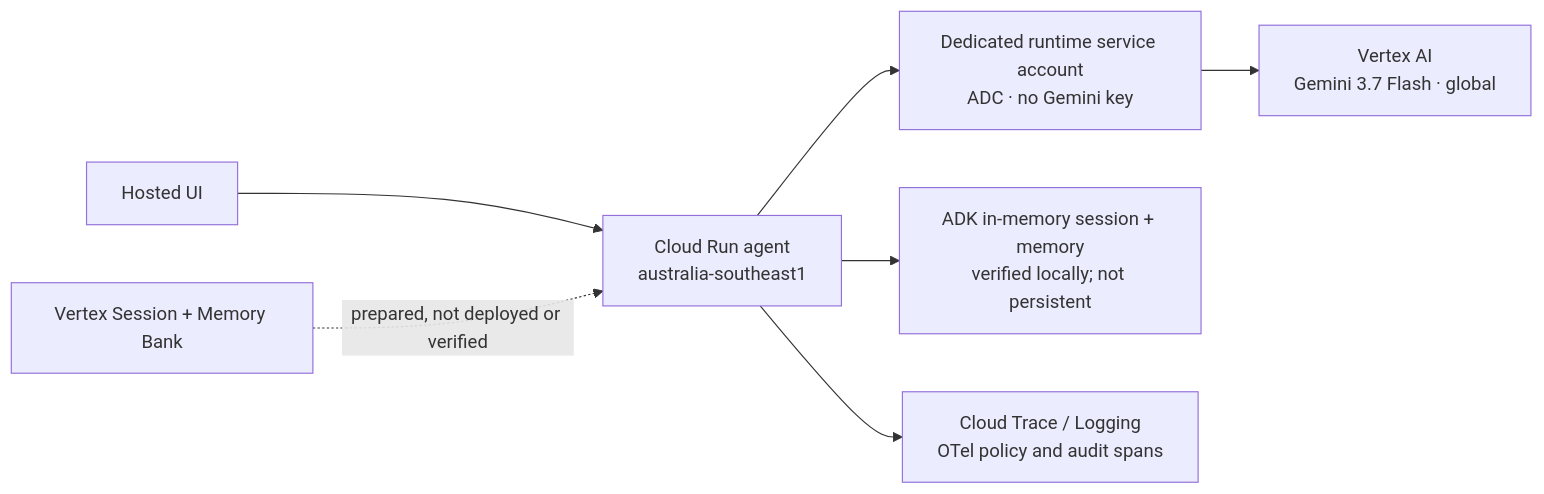
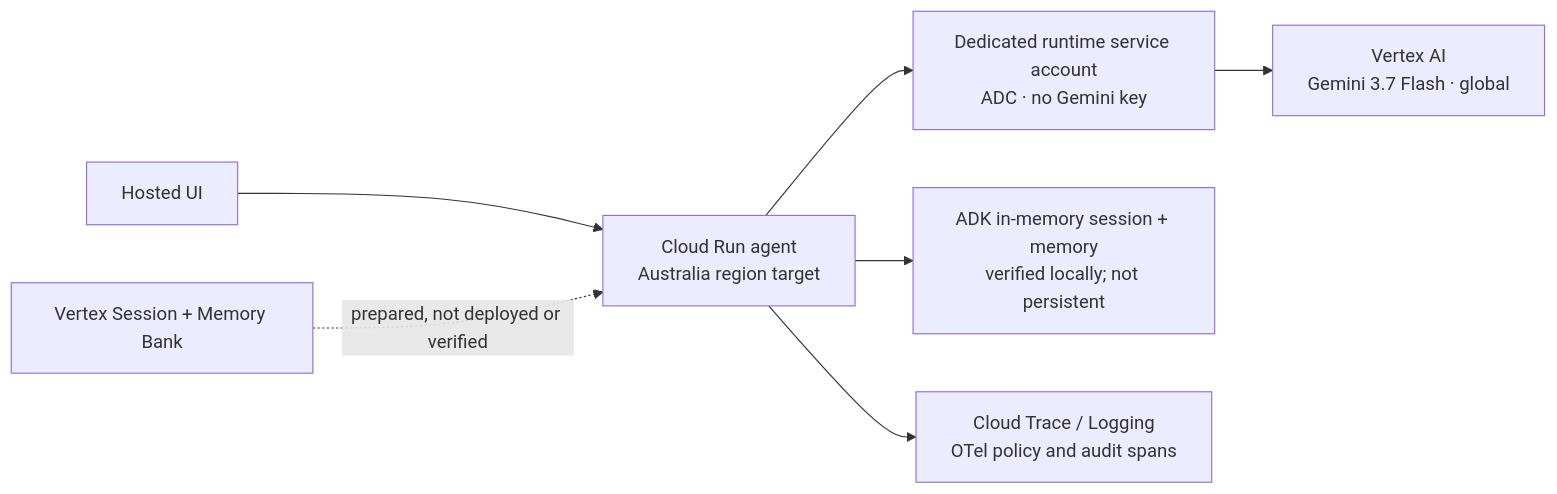
The third of 3 diagrams in docs/architecture.md (vcdwio/secondkey), drawn with Mermaid before and after one commit. The commit also changed other lines of this file and 5 other files, not shown here.

````diff
--- a/docs/architecture.md
+++ b/docs/architecture.md
@@ -43,9 +43,9 @@
 ```mermaid
 flowchart LR
-    UI["Hosted UI"] --> CR["Cloud Run agent\naustralia-southeast1"]
+    UI["Hosted UI"] --> CR["Cloud Run agent\nAustralia region target"]
     CR --> SA["Dedicated runtime service account\nADC · no Gemini key"]
     SA --> VA["Vertex AI\nGemini 3.7 Flash · global"]
     CR --> MEM["ADK in-memory session + memory\nverified locally; not persistent"]
     CR --> TRACE["Cloud Trace / Logging\nOTel policy and audit spans"]
     PREP["Vertex Session + Memory Bank"] -. "prepared, not deployed or verified" .-> CR
 ```
````
